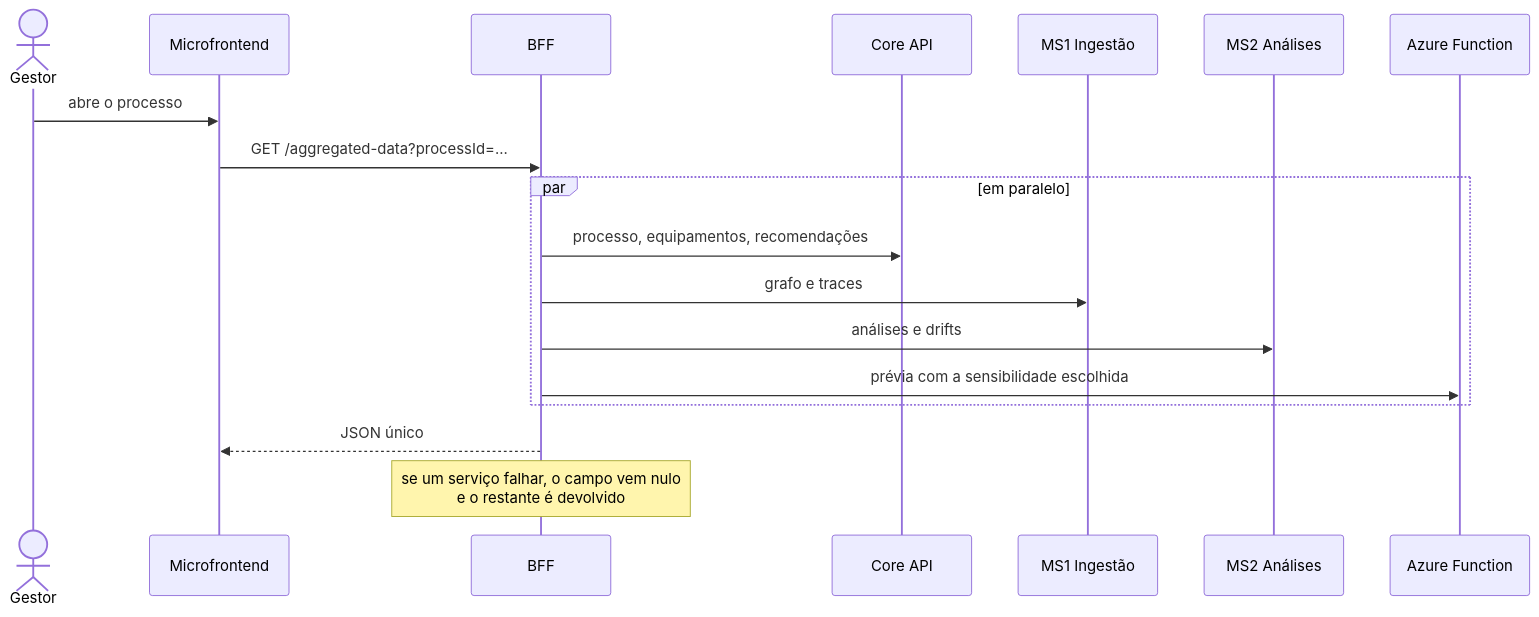
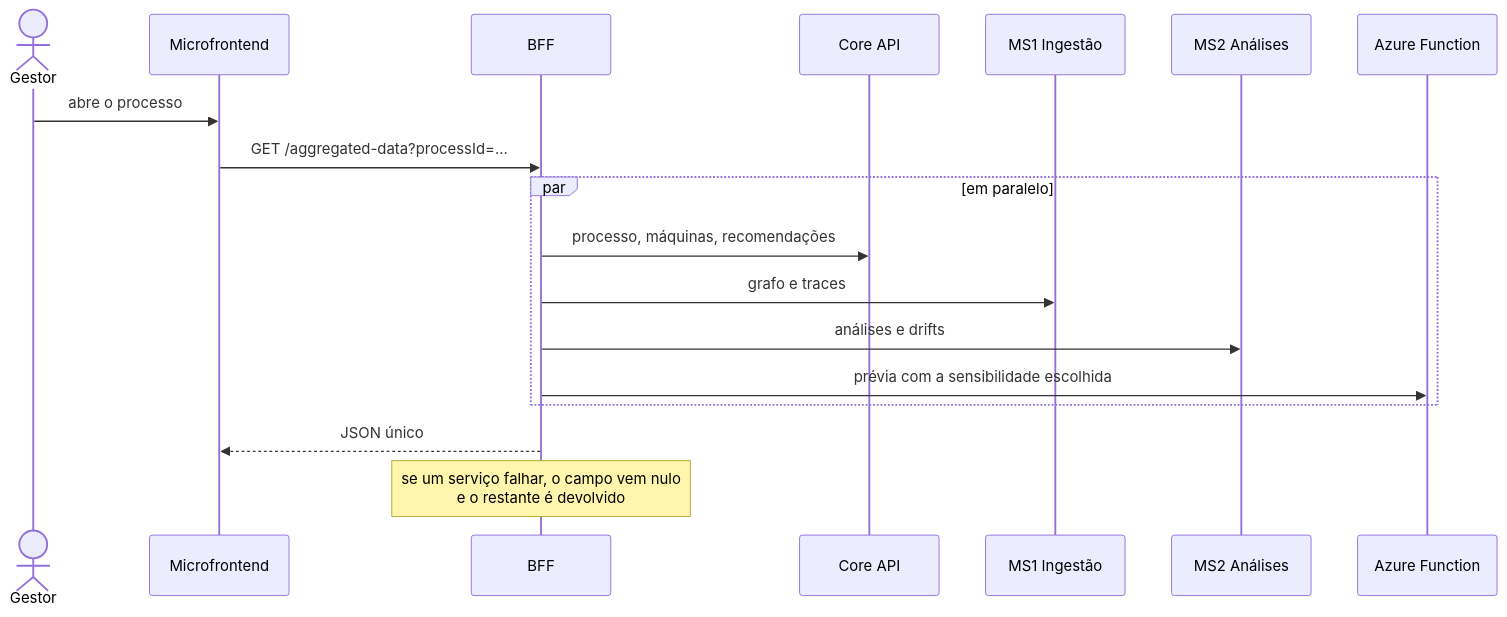
Before and after one commit to aland3r/deviante-docs: the tenth of 17 diagrams in architecture/arc42.md, drawn with Mermaid. The commit also changed other lines of this file, not shown here.

First line of the commit message:
arc42 §1, §2, §5, §6, §8: Azure SQL serverless, máquinas e intervenções no lugar de equipamento e agenda, ER do Core com empresas e usuários

````diff
--- a/architecture/arc42.md
+++ b/architecture/arc42.md
@@ -819,20 +819,20 @@
 ```mermaid
 sequenceDiagram
     actor G as Gestor
     participant W as Microfrontend
     participant B as BFF
     participant C as Core API
     participant M1 as MS1 Ingestão
     participant M2 as MS2 Análises
     participant F as Azure Function
     G->>W: abre o processo
     W->>B: GET /aggregated-data?processId=...
     par em paralelo
-        B->>C: processo, equipamentos, recomendações
+        B->>C: processo, máquinas, recomendações
         B->>M1: grafo e traces
         B->>M2: análises e drifts
         B->>F: prévia com a sensibilidade escolhida
     end
     B-->>W: JSON único
     Note over B: se um serviço falhar, o campo vem nulo<br/>e o restante é devolvido
 ```
````
